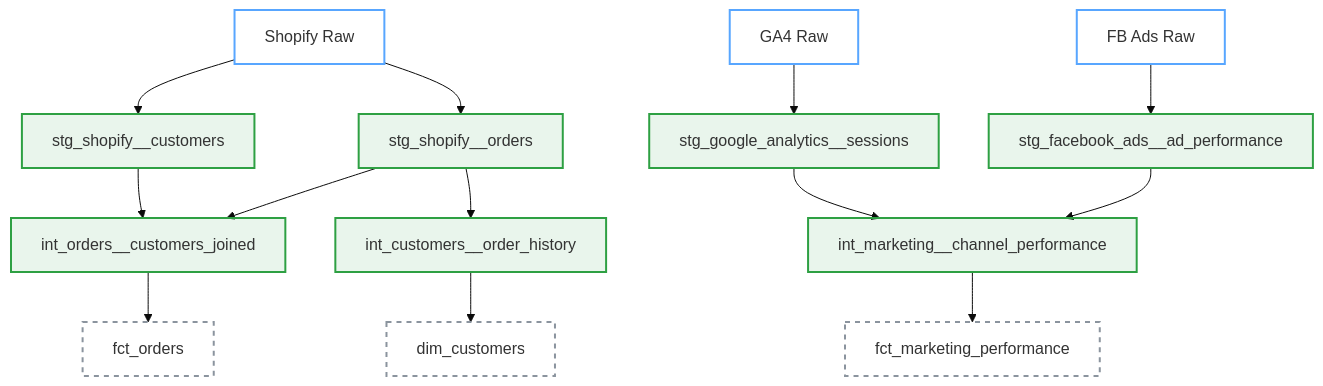
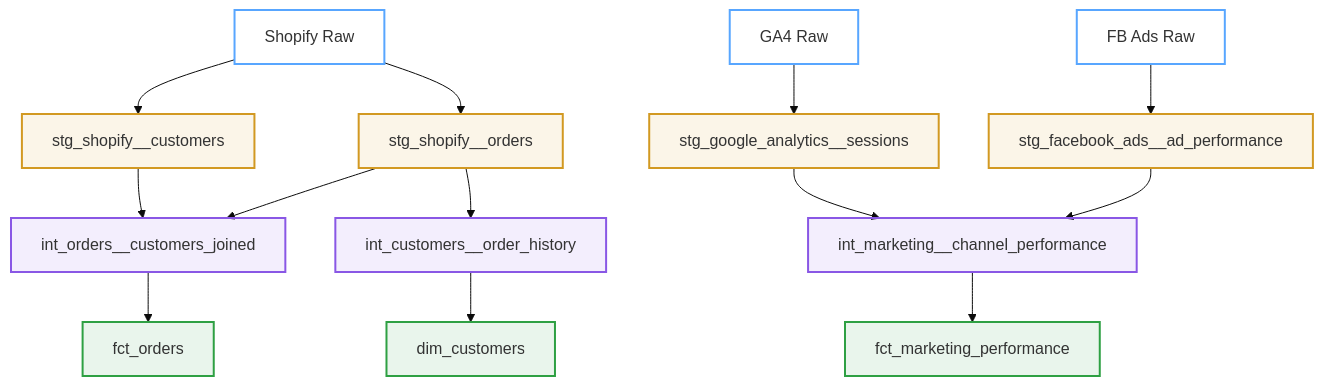
Before and after one commit to jkschola/ecommerce-analytics-platform: the diagram in README.md, drawn with Mermaid (base theme). The commit also changed other lines of this file, not shown here.

Commit message:
docs: color-code architecture diagram by medallion layer
Enhanced the Mermaid.js architecture diagram in the README to visually
distinguish between Raw (Blue), Staging (Yellow), Intermediate (Purple),
and Marts (Green) layers.

Used GitHub-native hex codes with 10% opacity fills to ensure perfect
readability across both Light and Dark modes.

````diff
--- a/README.md
+++ b/README.md
@@ -39,26 +38,27 @@
 ```mermaid
 graph TD
     %% Define semantic, light/dark mode friendly classes
     classDef raw fill:transparent,stroke:#58a6ff,stroke-width:2px;
-    classDef completed fill:#2ea0431a,stroke:#2ea043,stroke-width:2px;
-    classDef planned fill:transparent,stroke:#8b949e,stroke-width:2px,stroke-dasharray: 5 5;
+    classDef staging fill:#d299221a,stroke:#d29922,stroke-width:2px;
+    classDef intermediate fill:#8957e51a,stroke:#8957e5,stroke-width:2px;
+    classDef marts fill:#2ea0431a,stroke:#2ea043,stroke-width:2px;
 
     %% Raw Sources
-    A[Shopify Raw]:::raw --> B[stg_shopify__customers]:::completed
-    A --> C[stg_shopify__orders]:::completed
-    D[GA4 Raw]:::raw --> E[stg_google_analytics__sessions]:::completed
-    F[FB Ads Raw]:::raw --> G[stg_facebook_ads__ad_performance]:::completed
+    A[Shopify Raw]:::raw --> B[stg_shopify__customers]:::staging
+    A --> C[stg_shopify__orders]:::staging
+    D[GA4 Raw]:::raw --> E[stg_google_analytics__sessions]:::staging
+    F[FB Ads Raw]:::raw --> G[stg_facebook_ads__ad_performance]:::staging
     
     %% Intermediate
-    C --> H[int_customers__order_history]:::completed
-    B --> I[int_orders__customers_joined]:::completed
+    C --> H[int_customers__order_history]:::intermediate
+    B --> I[int_orders__customers_joined]:::intermediate
     C --> I
     
-    E --> J[int_marketing__channel_performance]:::completed
+    E --> J[int_marketing__channel_performance]:::intermediate
     G --> J
     
     %% Marts
-    H --> K[dim_customers]:::planned
-    I --> L[fct_orders]:::planned
-    J --> M[fct_marketing_performance]:::planned
+    H --> K[dim_customers]:::marts
+    I --> L[fct_orders]:::marts
+    J --> M[fct_marketing_performance]:::marts
 ```
````
